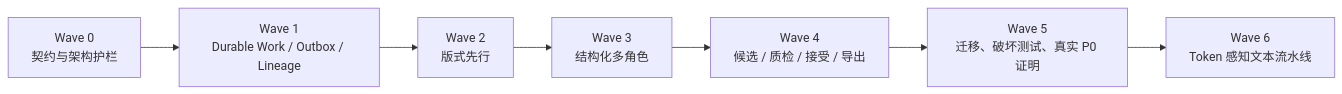
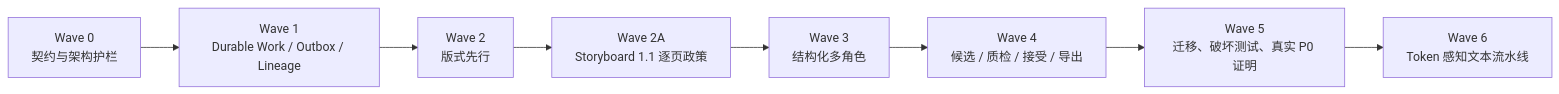
One commit to Litinan-Ery/Manga-Maker changed the diagram in WORK_ITEMS.md. Above: the diagram before and after it, drawn with Mermaid. The commit also changed other lines of this file and 93 other files, not shown here.

````diff
--- a/WORK_ITEMS.md
+++ b/WORK_ITEMS.md
@@ -149,9 +155,10 @@
 ```mermaid
 flowchart LR
     A["Wave 0<br/>契约与架构护栏"] --> B["Wave 1<br/>Durable Work / Outbox / Lineage"]
     B --> C["Wave 2<br/>版式先行"]
-    C --> D["Wave 3<br/>结构化多角色"]
+    C --> C2["Wave 2A<br/>Storyboard 1.1 逐页政策"]
+    C2 --> D["Wave 3<br/>结构化多角色"]
     D --> E["Wave 4<br/>候选 / 质检 / 接受 / 导出"]
     E --> F["Wave 5<br/>迁移、破坏测试、真实 P0 证明"]
     F --> G["Wave 6<br/>Token 感知文本流水线"]
 ```
````
